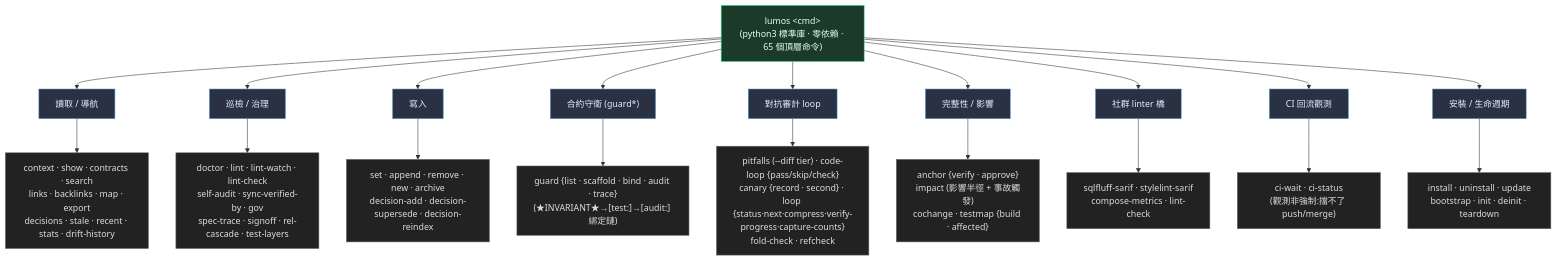
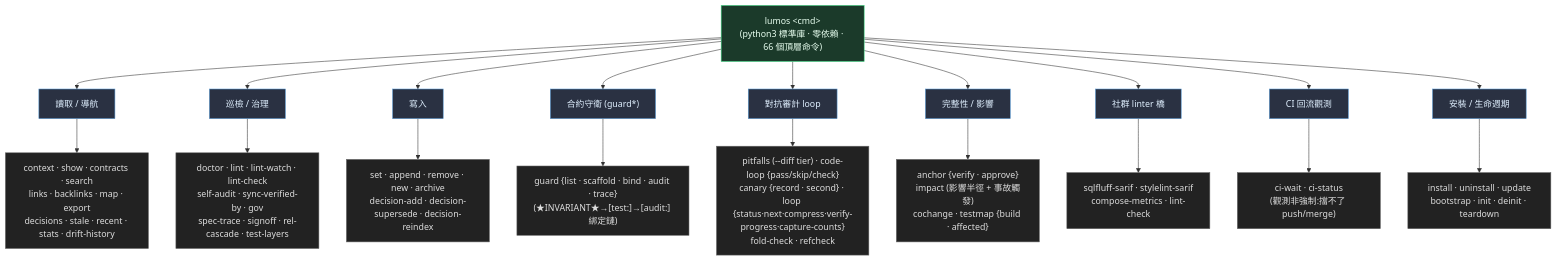
Before and after one commit to EnzoHsieh-Android/Lumos: the third of 4 diagrams in ARCHITECTURE.md, drawn with Mermaid. The commit also changed other lines of this file and 6 other files, not shown here.

````diff
--- a/ARCHITECTURE.md
+++ b/ARCHITECTURE.md
@@ -99,31 +99,31 @@
 ```mermaid
 flowchart TB
-    ROOT["lumos &lt;cmd&gt;<br/>(python3 標準庫 · 零依賴 · 65 個頂層命令)"]
+    ROOT["lumos &lt;cmd&gt;<br/>(python3 標準庫 · 零依賴 · 66 個頂層命令)"]
 
     ROOT --> READ["讀取 / 導航"]
     ROOT --> HEALTH["巡檢 / 治理"]
     ROOT --> WRITE["寫入"]
     ROOT --> GUARD["合約守衛 (guard*)"]
     ROOT --> LOOP["對抗審計 loop"]
     ROOT --> INTEG["完整性 / 影響"]
     ROOT --> SARIF["社群 linter 橋"]
     ROOT --> CI["CI 回流觀測"]
     ROOT --> LIFE["安裝 / 生命週期"]
 
     READ --> R["context · show · contracts · search<br/>links · backlinks · map · export<br/>decisions · stale · recent · stats · drift-history"]
     HEALTH --> H["doctor · lint · lint-watch · lint-check<br/>self-audit · sync-verified-by · gov<br/>spec-trace · signoff · rel-cascade · test-layers"]
     CI --> C["ci-wait · ci-status<br/>(觀測非強制:擋不了 push/merge)"]
     WRITE --> W["set · append · remove · new · archive<br/>decision-add · decision-supersede · decision-reindex"]
     GUARD --> G["guard {list · scaffold · bind · audit · trace}<br/>(★INVARIANT★→[test:]→[audit:] 綁定鏈)"]
     LOOP --> LP["pitfalls (--diff tier) · code-loop {pass/skip/check}<br/>canary {record · second} · loop {status·next·compress·verify-progress·capture-counts}<br/>fold-check · refcheck"]
     INTEG --> I["anchor {verify · approve}<br/>impact (影響半徑 + 事故觸發)<br/>cochange · testmap {build · affected}"]
     SARIF --> ST["sqlfluff-sarif · stylelint-sarif<br/>compose-metrics · lint-check"]
     LIFE --> L["install · uninstall · update<br/>bootstrap · init · deinit · teardown"]
 
     classDef root fill:#1b3a2a,stroke:#3ddc84,color:#e8fff0
     classDef cat fill:#2a3142,stroke:#5a9bd6,color:#e0f0ff
     classDef leaf fill:#222,stroke:#666,color:#ddd
     class ROOT root
     class READ,HEALTH,WRITE,GUARD,LOOP,INTEG,SARIF,CI,LIFE cat
     class R,H,W,G,LP,I,ST,C,L leaf
 ```
````
